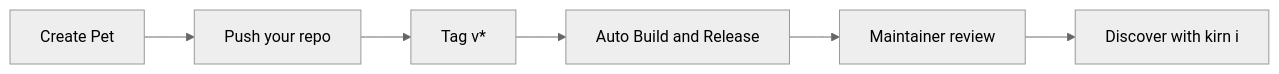
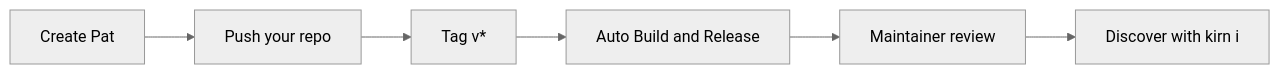
The diagram in docs-site/index.md (pats-registry/pats), drawn with Mermaid (neutral theme) before and after one commit. The commit also changed other lines of this file and 18 other files, not shown here.

````diff
--- a/docs-site/index.md
+++ b/docs-site/index.md
@@ -39,8 +39,8 @@
 ```mermaid
 flowchart LR
-  A[Create Pet] --> B[Push your repo]
+  A[Create Pat] --> B[Push your repo]
   B --> C[Tag v*]
   C --> D[Auto Build and Release]
   D --> E[Maintainer review]
   E --> F[Discover with kirn i]
 ```
````
